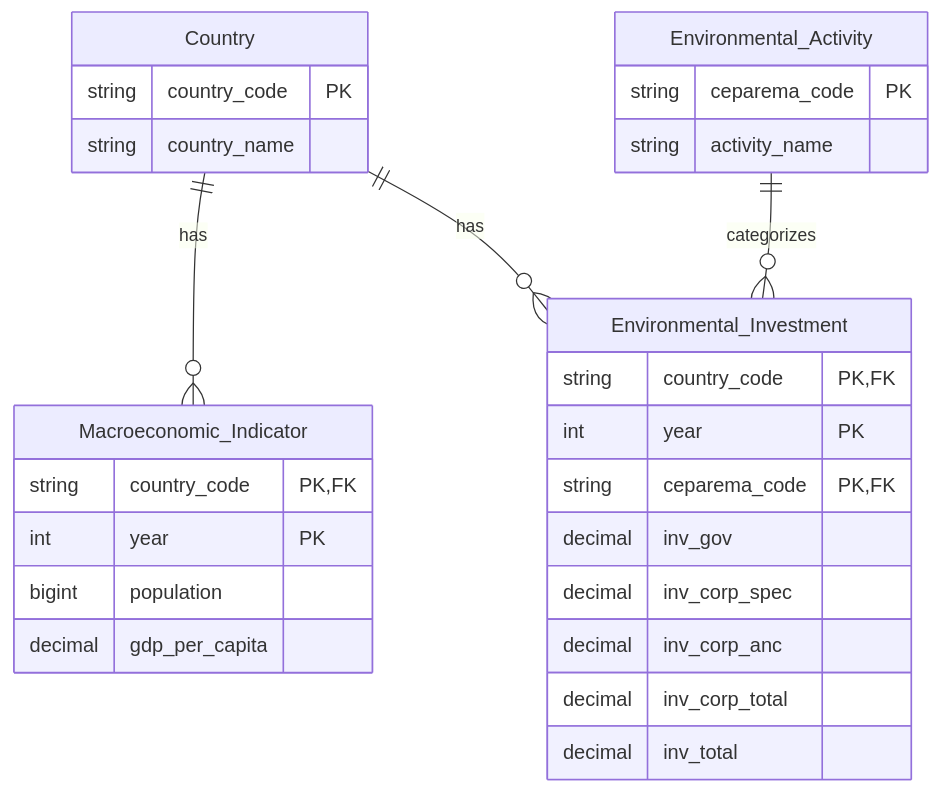
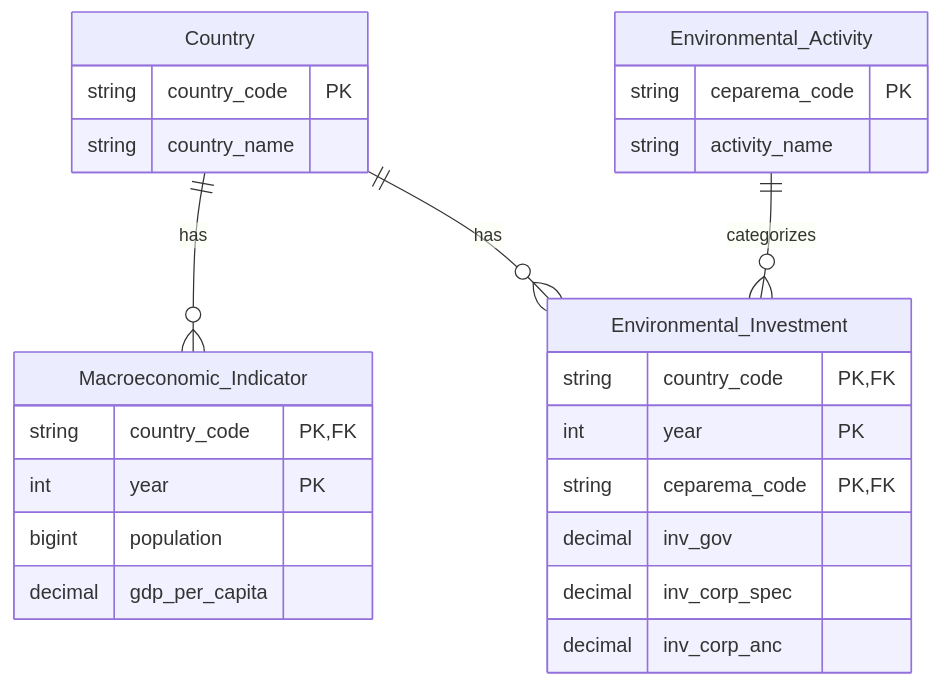
Before and after one commit to danielwrnr/Environmental_Protection_Investment_Analysis: the diagram in database/ER_diagram.md, drawn with Mermaid. The commit also changed 5 other files, not shown here.

Commit message:
fixed the metadata and er diagram

````diff
--- a/database/ER_diagram.md
+++ b/database/ER_diagram.md
@@ -3,31 +3,29 @@
 ```mermaid
 erDiagram
     Country {
         string country_code PK
         string country_name
     }
     Environmental_Activity {
         string ceparema_code PK
         string activity_name
     }
     Macroeconomic_Indicator {
         string country_code PK, FK
         int year PK
         bigint population
         decimal gdp_per_capita
     }
     Environmental_Investment {
         string country_code PK, FK
         int year PK
         string ceparema_code PK, FK
         decimal inv_gov
         decimal inv_corp_spec
         decimal inv_corp_anc
-        decimal inv_corp_total
-        decimal inv_total
     }
 
     Country ||--o{ Macroeconomic_Indicator : "has"
     Country ||--o{ Environmental_Investment : "has"
     Environmental_Activity ||--o{ Environmental_Investment : "categorizes"
 ```
````
